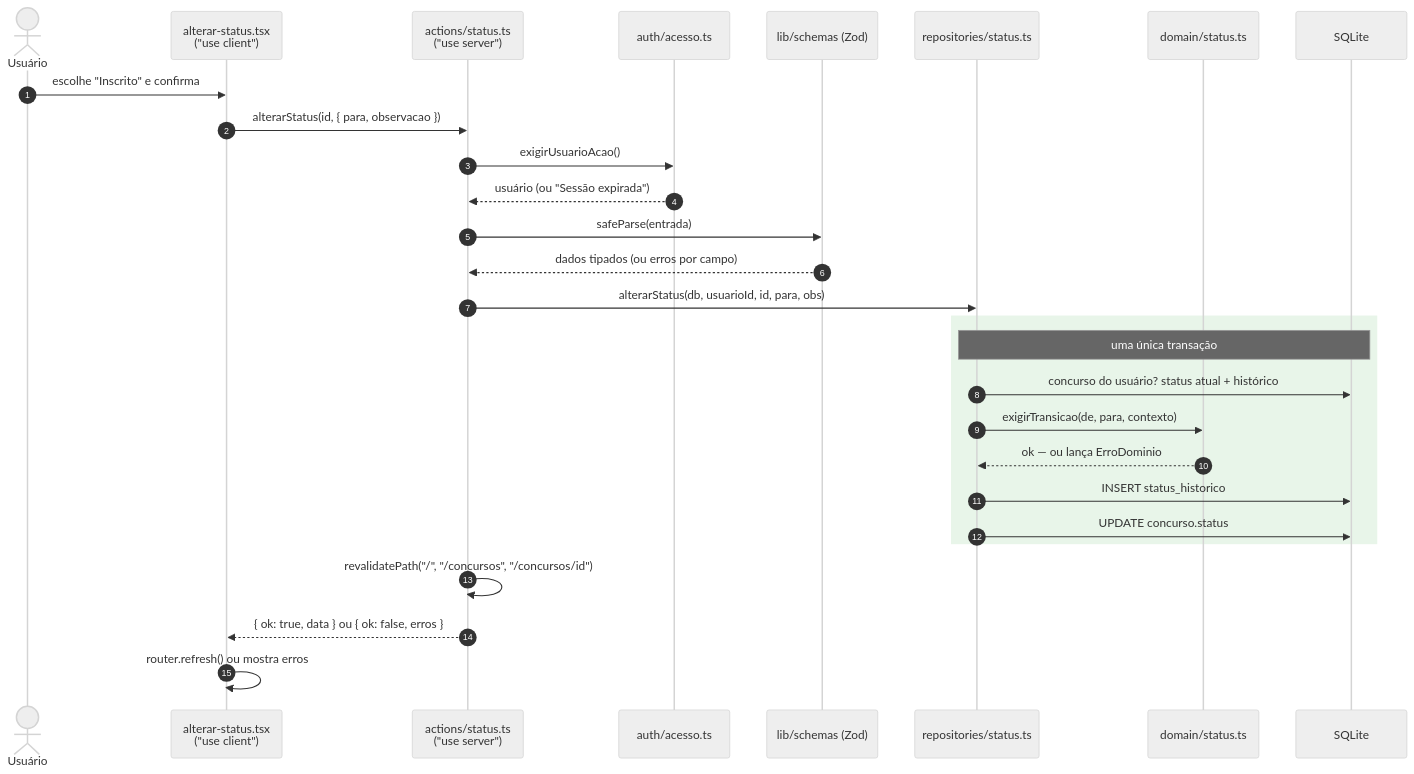
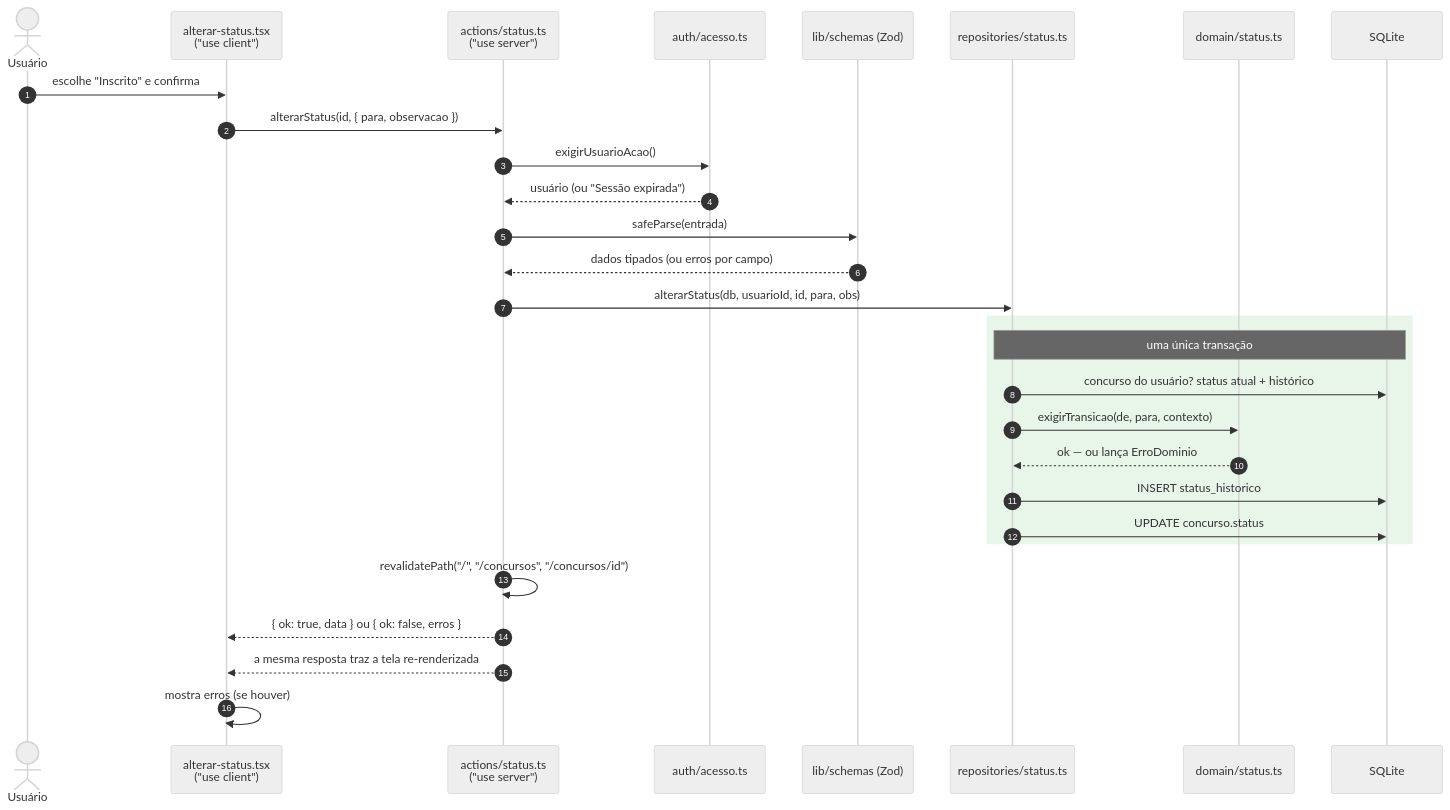
Before and after one commit to rkenjiak/concurso: the fifth of 24 diagrams in docs/GUIA-ARQUITETURA.md, drawn with Mermaid (neutral theme). The commit also changed 23 other files, not shown here.

````diff
--- a/docs/GUIA-ARQUITETURA.md
+++ b/docs/GUIA-ARQUITETURA.md
@@ -233,31 +233,32 @@
 ```mermaid
 sequenceDiagram
   autonumber
   actor U as Usuário
   participant C as alterar-status.tsx<br/>("use client")
   participant A as actions/status.ts<br/>("use server")
   participant Au as auth/acesso.ts
   participant Z as lib/schemas (Zod)
   participant R as repositories/status.ts
   participant D as domain/status.ts
   participant DB as SQLite
 
   U->>C: escolhe "Inscrito" e confirma
   C->>A: alterarStatus(id, { para, observacao })
   A->>Au: exigirUsuarioAcao()
   Au-->>A: usuário (ou "Sessão expirada")
   A->>Z: safeParse(entrada)
   Z-->>A: dados tipados (ou erros por campo)
   A->>R: alterarStatus(db, usuarioId, id, para, obs)
   rect rgb(232, 245, 233)
     note over R,DB: uma única transação
     R->>DB: concurso do usuário? status atual + histórico
     R->>D: exigirTransicao(de, para, contexto)
     D-->>R: ok — ou lança ErroDominio
     R->>DB: INSERT status_historico
     R->>DB: UPDATE concurso.status
   end
   A->>A: revalidatePath("/", "/concursos", "/concursos/id")
   A-->>C: { ok: true, data } ou { ok: false, erros }
-  C->>C: router.refresh() ou mostra erros
+  A-->>C: a mesma resposta traz a tela re-renderizada
+  C->>C: mostra erros (se houver)
 ```
````
